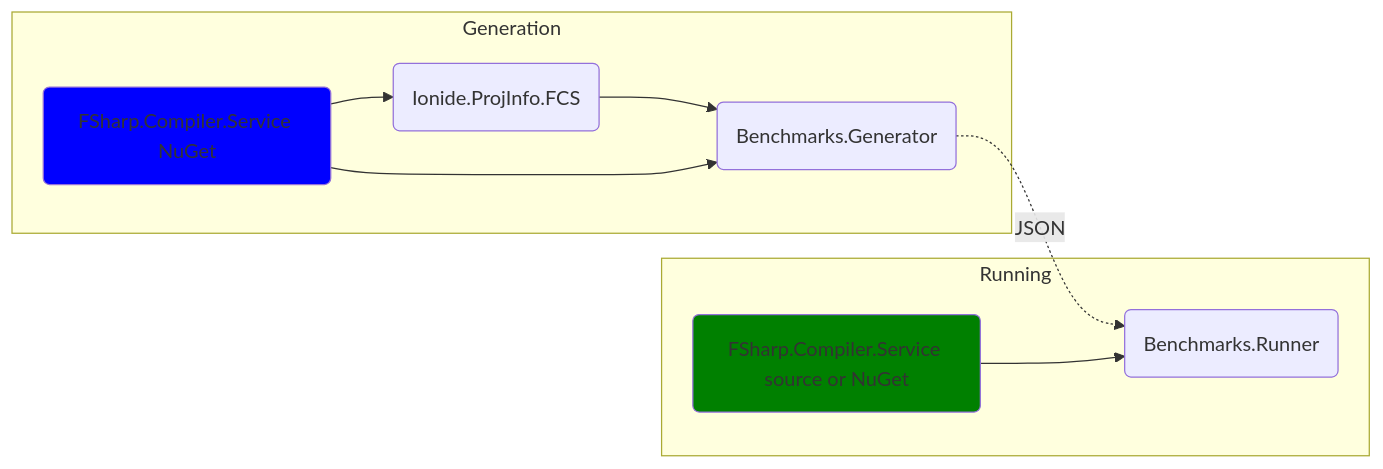
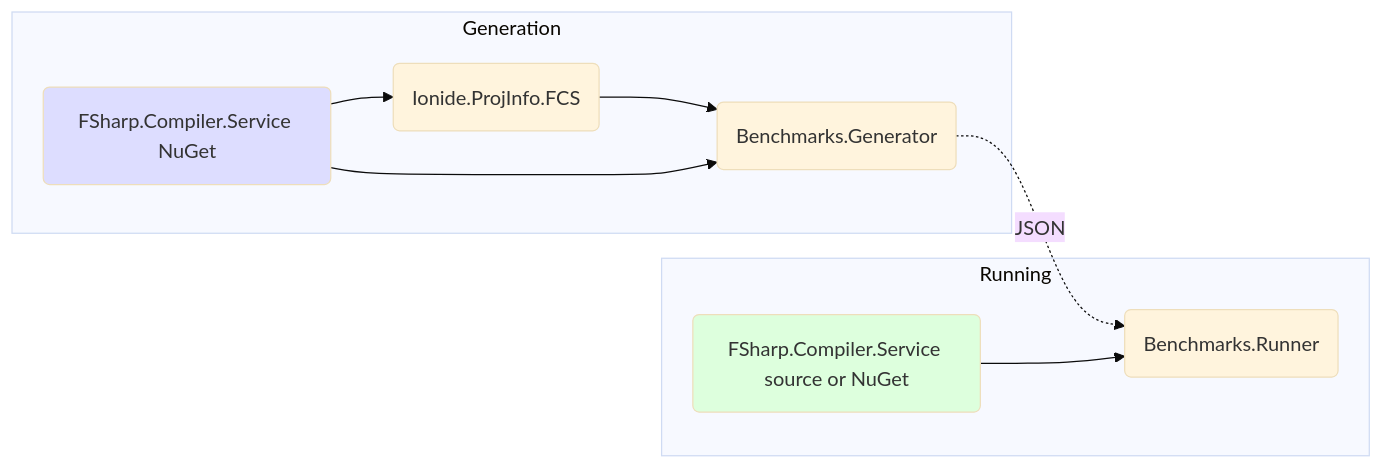
One commit to safesparrow/fsharp-benchmark-generator changed the first of 2 diagrams in README.md. Above: the diagram before and after it, drawn with Mermaid.

````diff
--- a/README.md
+++ b/README.md
@@ -16,16 +16,17 @@
 ```mermaid
+%%{init: {'theme':'base'}}%%
 graph LR;
     subgraph Generation
         A1(Ionide.ProjInfo.FCS) --> A2(Benchmarks.Generator)
         A3 --> A1
         A3(FSharp.Compiler.Service NuGet) --> A2
-        style A3 fill:Blue
+        style A3 fill:#ddf
     end
 
     A2 -.->|JSON| R2
     
     subgraph Running
         R1(FSharp.Compiler.Service source or NuGet) --> R2(Benchmarks.Runner)
-        style R1 fill:green
+        style R1 fill:#dfd
     end
 ```
````
